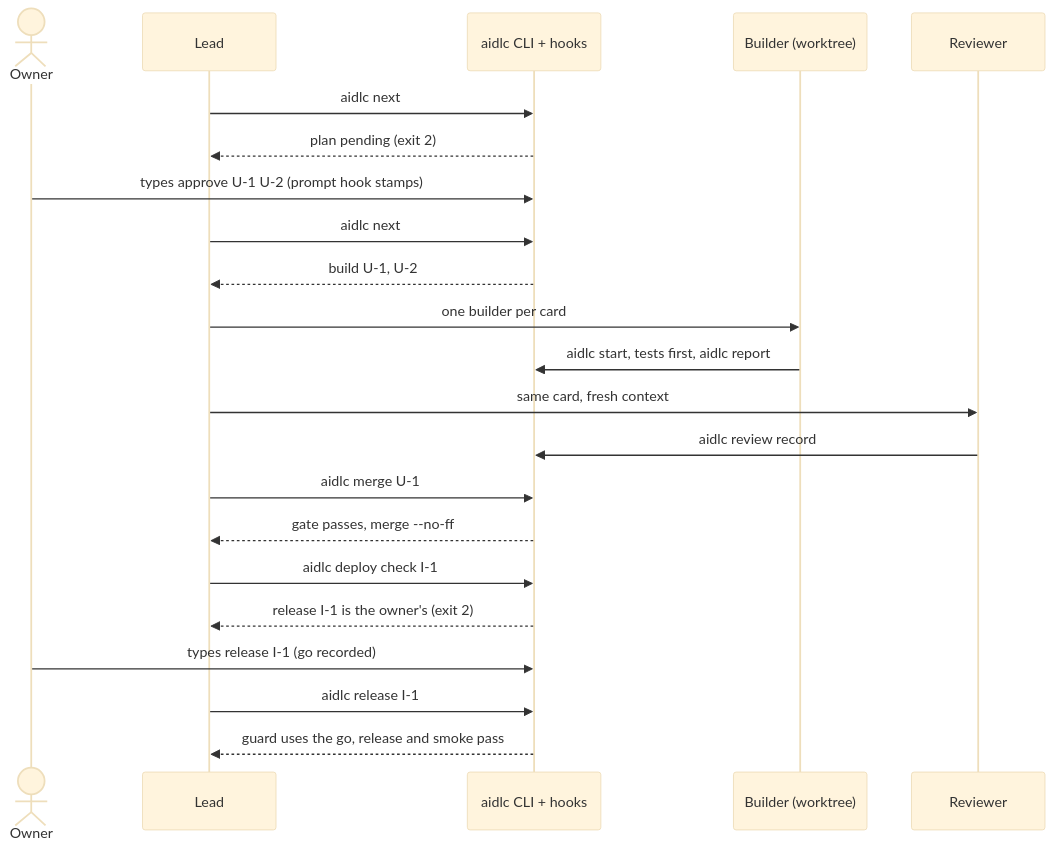
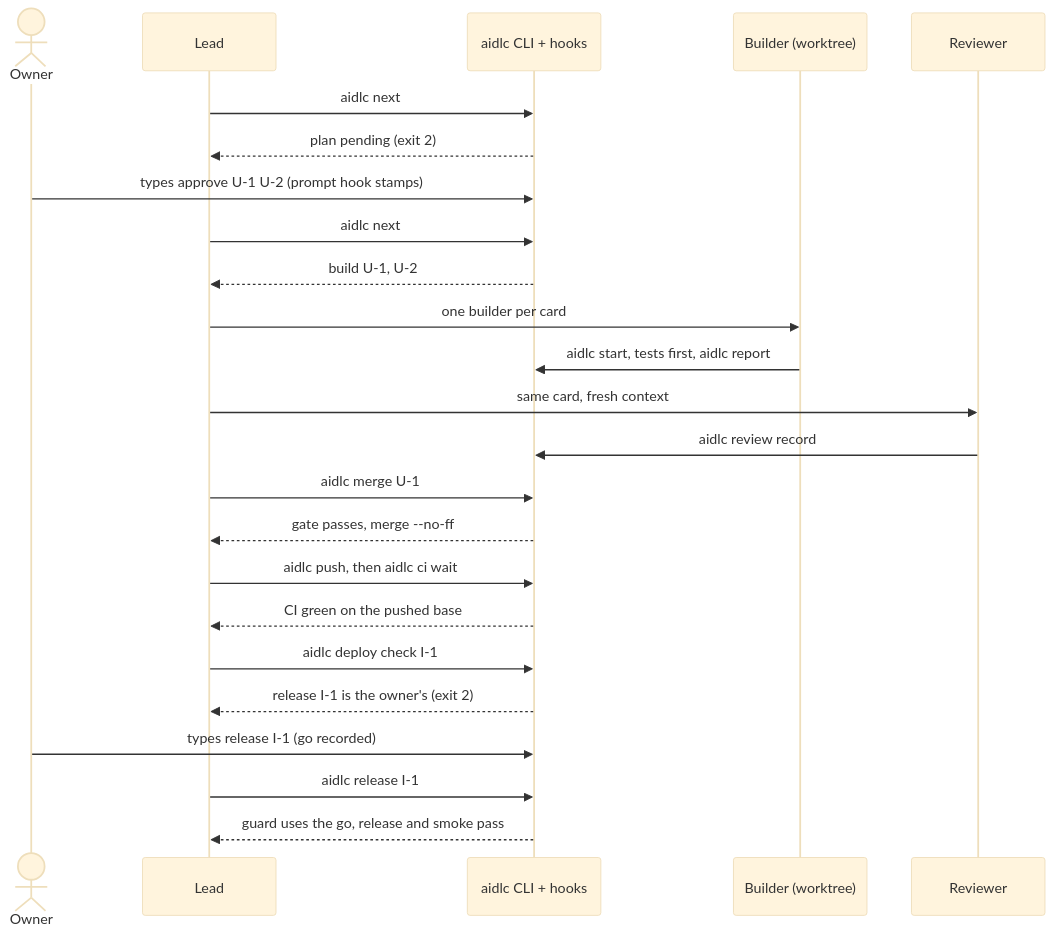
One commit to Scrollout/aidlc-team-plugin changed the diagram in docs/design/overview.md. Above: the diagram before and after it, drawn with Mermaid (base theme). The commit also changed 18 other files, not shown here.

````diff
--- a/docs/design/overview.md
+++ b/docs/design/overview.md
@@ -27,24 +27,26 @@
 ```mermaid
 sequenceDiagram
   actor O as Owner
   participant L as Lead
   participant C as aidlc CLI + hooks
   participant B as Builder (worktree)
   participant R as Reviewer
   L->>C: aidlc next
   C-->>L: plan pending (exit 2)
   O->>C: types approve U-1 U-2 (prompt hook stamps)
   L->>C: aidlc next
   C-->>L: build U-1, U-2
   L->>B: one builder per card
   B->>C: aidlc start, tests first, aidlc report
   L->>R: same card, fresh context
   R->>C: aidlc review record
   L->>C: aidlc merge U-1
   C-->>L: gate passes, merge --no-ff
+  L->>C: aidlc push, then aidlc ci wait
+  C-->>L: CI green on the pushed base
   L->>C: aidlc deploy check I-1
   C-->>L: release I-1 is the owner's (exit 2)
   O->>C: types release I-1 (go recorded)
   L->>C: aidlc release I-1
   C-->>L: guard uses the go, release and smoke pass
 ```
````
